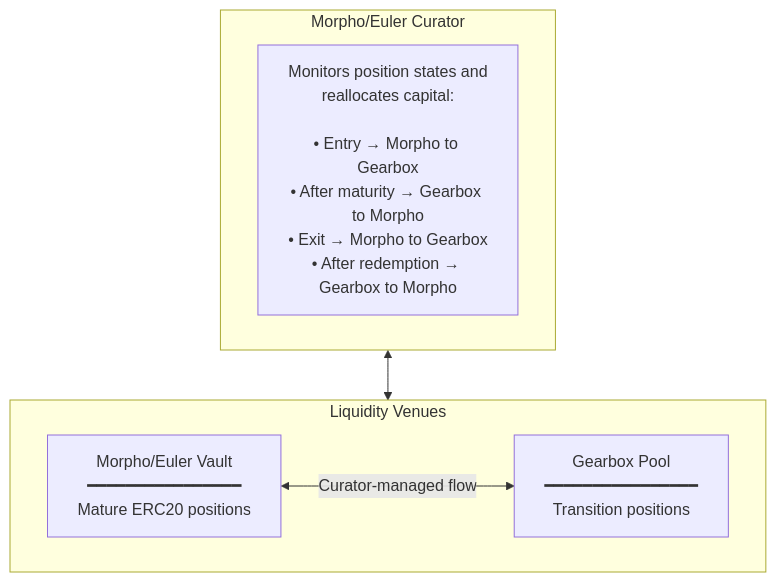
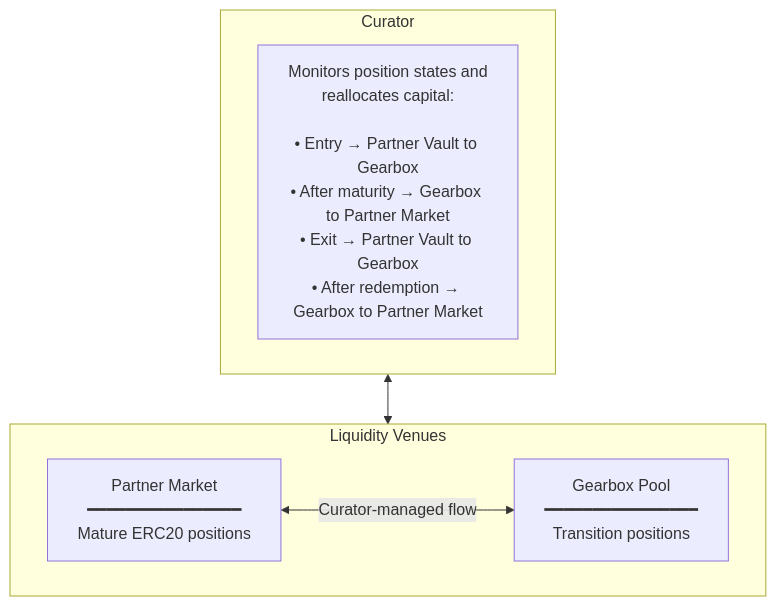
One commit to Gearbox-protocol/docs-knowledge changed diagram 11 of 11 in reference/prime-brokerage-for-rwa-leverage.md. Above: the diagram before and after it, drawn with Mermaid. The commit also changed other lines of this file, not shown here.

````diff
--- a/reference/prime-brokerage-for-rwa-leverage.md
+++ b/reference/prime-brokerage-for-rwa-leverage.md
@@ -285,14 +376,14 @@
 ```mermaid
 flowchart TB
-    subgraph Curator["Morpho/Euler Curator"]
-        C["Monitors position states and<br/>reallocates capital:<br/><br/>• Entry → Morpho to Gearbox<br/>• After maturity → Gearbox to Morpho<br/>• Exit → Morpho to Gearbox<br/>• After redemption → Gearbox to Morpho"]
+    subgraph Curator["Curator"]
+        C["Monitors position states and<br/>reallocates capital:<br/><br/>• Entry → Partner Vault to Gearbox<br/>• After maturity → Gearbox to Partner Market<br/>• Exit → Partner Vault to Gearbox<br/>• After redemption → Gearbox to Partner Market"]
     end
     
     subgraph Venues["Liquidity Venues"]
-        M["Morpho/Euler Vault<br/>━━━━━━━━━━━━━━━━<br/>Mature ERC20 positions"]
+        M["Partner Market<br/>━━━━━━━━━━━━━━━━<br/>Mature ERC20 positions"]
         G["Gearbox Pool<br/>━━━━━━━━━━━━━━━━<br/>Transition positions"]
     end
     
     Curator <--> Venues
     M <-->|"Curator-managed flow"| G
 ```
````
